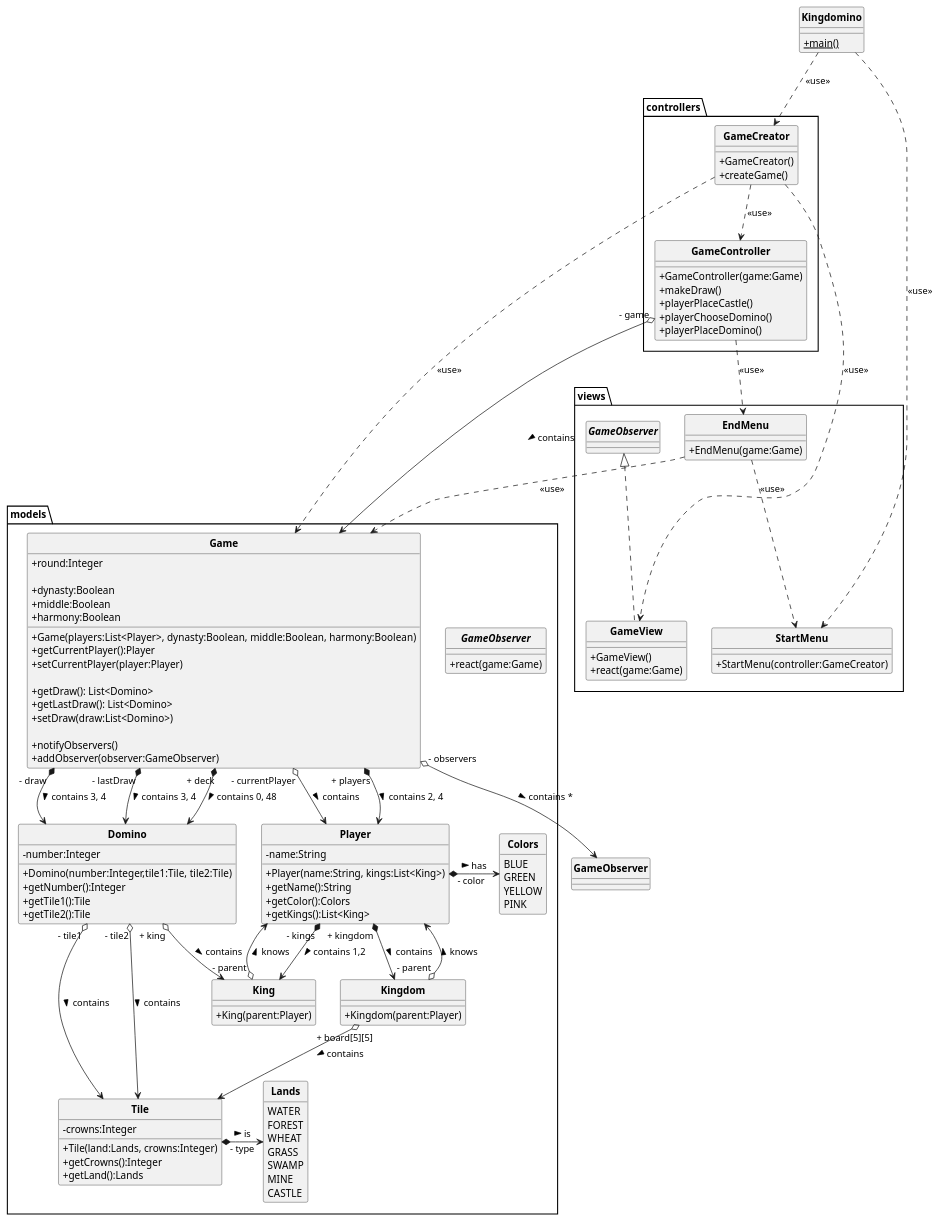
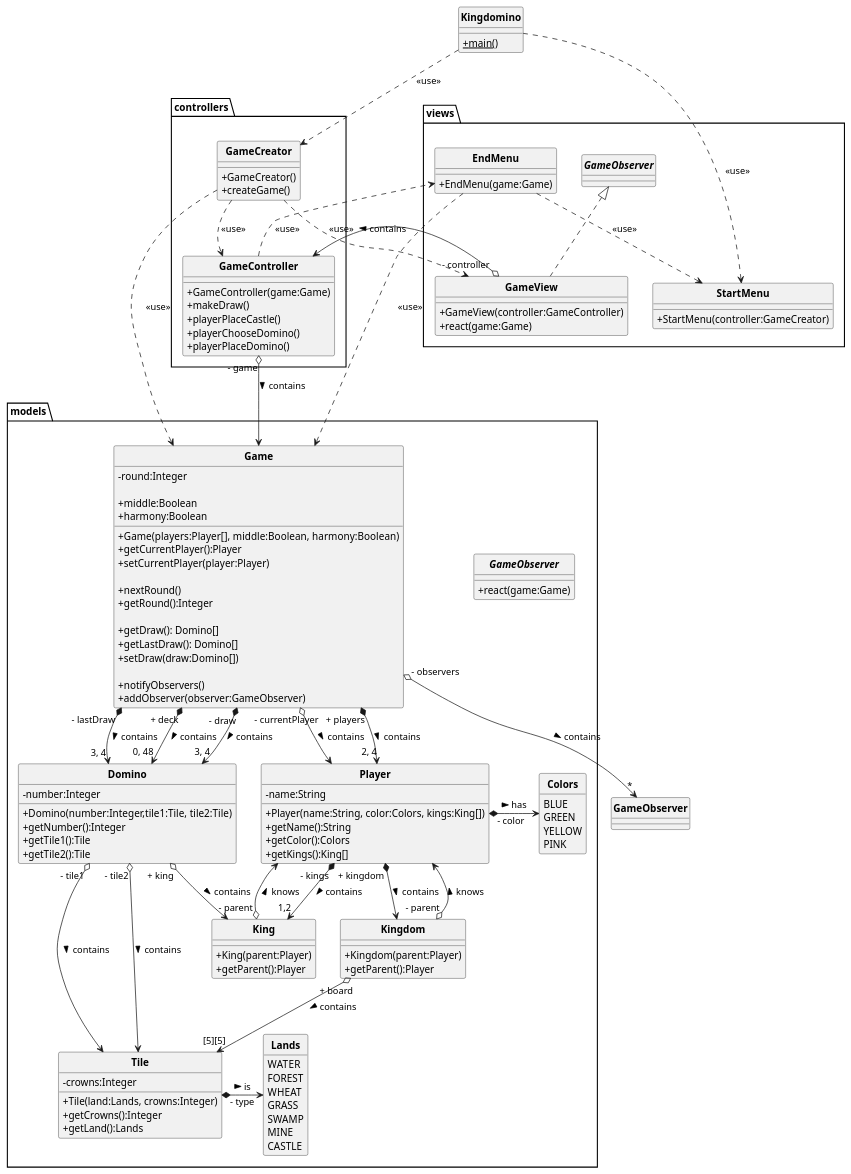
The diagram in rendu1/Kingdomino.puml (FranckG28/KingDomino), drawn with PlantUML before and after one commit. The commit also changed 9 other files, not shown here.

Commit message:
Implemented models & updated UML

```diff
--- a/rendu1/Kingdomino.puml
+++ b/rendu1/Kingdomino.puml
@@ -1,162 +1,169 @@
 @startuml
 'https://plantuml.com/class-diagram
 
 skinparam style strictuml
 skinparam classAttributeIconSize 0
 skinparam classFontStyle Bold
 hide enum methods
 
 class Kingdomino {
     + {static}main()
 }
 
 package models {
 
-        interface GameObserver {
-            + react(game:Game)
-        }
+    interface GameObserver {
+        + react(game:Game)
+    }
 
-        class Game {
-            + Game(players:List<Player>, dynasty:Boolean,  middle:Boolean, harmony:Boolean)
+    class Game {
+        + Game(players:Player[],  middle:Boolean, harmony:Boolean)
 
-            + round:Integer
+        - round:Integer
 
-            + dynasty:Boolean
-            + middle:Boolean
-            + harmony:Boolean
+        + middle:Boolean
+        + harmony:Boolean
 
-            + getCurrentPlayer():Player
-            + setCurrentPlayer(player:Player)
+        + getCurrentPlayer():Player
+        + setCurrentPlayer(player:Player)
 
-            + getDraw(): List<Domino>
-            + getLastDraw(): List<Domino>
-            + setDraw(draw:List<Domino>)
+        + nextRound()
+        + getRound():Integer
 
-            + notifyObservers()
-            + addObserver(observer:GameObserver)
+        + getDraw(): Domino[]
+        + getLastDraw(): Domino[]
+        + setDraw(draw:Domino[])
 
-        }
-
-        class Player {
-            + Player(name:String, kings:List<King>)
-            - name:String
-
-            + getName():String
-            + getColor():Colors
-            + getKings():List<King>
-
-        }
-
-        class King {
-            + King(parent:Player)
-        }
-
-        class Kingdom {
-            + Kingdom(parent:Player)
-        }
-
-        class Domino {
-            + Domino(number:Integer,tile1:Tile, tile2:Tile)
-            - number:Integer
-
-            + getNumber():Integer
-            + getTile1():Tile
-            + getTile2():Tile
-
-        }
-
-        class Tile {
-            + Tile(land:Lands, crowns:Integer)
-            - crowns:Integer
-
-            + getCrowns():Integer
-            + getLand():Lands
-        }
-
-        enum Lands {
-            WATER
-            FOREST
-            WHEAT
-            GRASS
-            SWAMP
-            MINE
-            CASTLE
-        }
-
-        enum Colors {
-            BLUE
-            GREEN
-            YELLOW
-            PINK
-        }
+        + notifyObservers()
+        + addObserver(observer:GameObserver)
 
     }
 
-    package views {
-        class GameView implements GameObserver {
-            + GameView()
-            + react(game:Game)
-        }
+    class Player {
+        + Player(name:String, color:Colors, kings:King[])
+        - name:String
 
-        class StartMenu {
-            + StartMenu(controller:GameCreator)
-        }
-
-        class EndMenu {
-           + EndMenu(game:Game)
-        }
-    }
-
-    package controllers {
-
-        class GameController {
-            + GameController(game:Game)
-            + makeDraw()
-            + playerPlaceCastle()
-            + playerChooseDomino()
-            + playerPlaceDomino()
-        }
-
-        class GameCreator {
-            + GameCreator()
-            + createGame()
-        }
+        + getName():String
+        + getColor():Colors
+        + getKings():King[]
 
     }
 
-    Kingdomino ..> StartMenu : "<<use>>"
-    Kingdomino ..> GameCreator : "<<use>>"
+    class King {
+        + King(parent:Player)
+        + getParent():Player
+    }
 
-    GameCreator ..> Game : "<<use>>"
-    GameCreator ..> GameView : "<<use>>"
-    GameCreator ..> GameController : "<<use>>"
+    class Kingdom {
+        + Kingdom(parent:Player)
+        + getParent():Player
+    }
 
-    Game *--> Player : " + players" > contains 2, 4
-    Game *--> Domino : " + deck" > contains 0, 48
-    Game *--> Domino : " - draw" > contains 3, 4
-    Game *--> Domino : " - lastDraw" > contains 3, 4
-    Game o--> GameObserver : " - observers" > contains *
-    Game o--> Player : " - currentPlayer" > contains
+    class Domino {
+        + Domino(number:Integer,tile1:Tile, tile2:Tile)
+        - number:Integer
 
-    GameController o--> Game : " - game" > contains
-    GameController ..> EndMenu : "<<use>>"
+        + getNumber():Integer
+        + getTile1():Tile
+        + getTile2():Tile
 
-    EndMenu ..> Game : "<<use>>"
-    EndMenu ..> StartMenu : "<<use>>"
+    }
 
-    Player *--> Kingdom : " + kingdom" > contains
-    Player *--> King : " - kings" > contains 1,2
-    Player *-> Colors : " - color" > has
+    class Tile {
+        + Tile(land:Lands, crowns:Integer)
+        - crowns:Integer
 
-    King o--> Player : " - parent" > knows
+        + getCrowns():Integer
+        + getLand():Lands
+    }
 
-    Kingdom o--> Player : " - parent" > knows
-    Kingdom o--> Tile : " + board[5][5]" > contains
+    enum Lands {
+        WATER
+        FOREST
+        WHEAT
+        GRASS
+        SWAMP
+        MINE
+        CASTLE
+    }
 
-    Domino o-> Tile : " - tile1" > contains
-    Domino o-> Tile : " - tile2" > contains
-    Domino o--> King : " + king" > contains
+    enum Colors {
+        BLUE
+        GREEN
+        YELLOW
+        PINK
+    }
 
-    Tile *-> Lands : " - type" > is
+}
+
+package views {
+
+    class GameView implements GameObserver {
+        + GameView(controller:GameController)
+        + react(game:Game)
+    }
+
+    class StartMenu {
+        + StartMenu(controller:GameCreator)
+    }
+
+    class EndMenu {
+       + EndMenu(game:Game)
+    }
+}
+
+package controllers {
+
+    class GameController {
+        + GameController(game:Game)
+        + makeDraw()
+        + playerPlaceCastle()
+        + playerChooseDomino()
+        + playerPlaceDomino()
+    }
+
+    class GameCreator {
+        + GameCreator()
+        + createGame()
+    }
+
+}
+
+Kingdomino ..> StartMenu : "<<use>>"
+Kingdomino ..> GameCreator : "<<use>>"
+
+GameCreator ..> Game : "<<use>>"
+GameCreator ..> GameView : "<<use>>"
+GameCreator ..> GameController : "<<use>>"
+
+Game " + players" *--> "2, 4" Player : > contains
+Game " + deck" *--> "0, 48" Domino : > contains
+Game " - draw" *--> "3, 4" Domino : > contains
+Game " - lastDraw" *--> "3, 4" Domino : > contains
+Game " - observers" o--> "*" GameObserver : > contains
+Game " - currentPlayer" o--> Player : > contains
+
+GameController " - game" o--> Game : > contains
+GameController ..> EndMenu : "<<use>>"
+
+GameView " - controller" o--> GameController : > contains
+
+EndMenu ..> Game : "<<use>>"
+EndMenu ..> StartMenu : "<<use>>"
+
+Player " + kingdom"  *--> Kingdom : > contains
+Player " - kings" *--> "1,2" King : > contains
+Player " - color" *-> Colors : > has
+
+King " - parent" o--> Player : > knows
+
+Kingdom " - parent" o--> Player : > knows
+Kingdom " + board" o--> "[5][5]" Tile : > contains
+
+Domino " - tile1" o-> Tile : > contains
+Domino " - tile2" o-> Tile : > contains
+Domino " + king" o--> King : > contains
+
+Tile *-> Lands : " - type" > is
 
 @enduml
```
